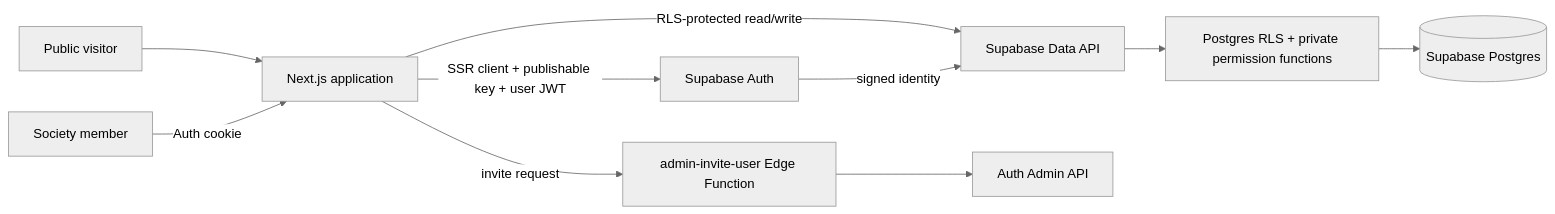
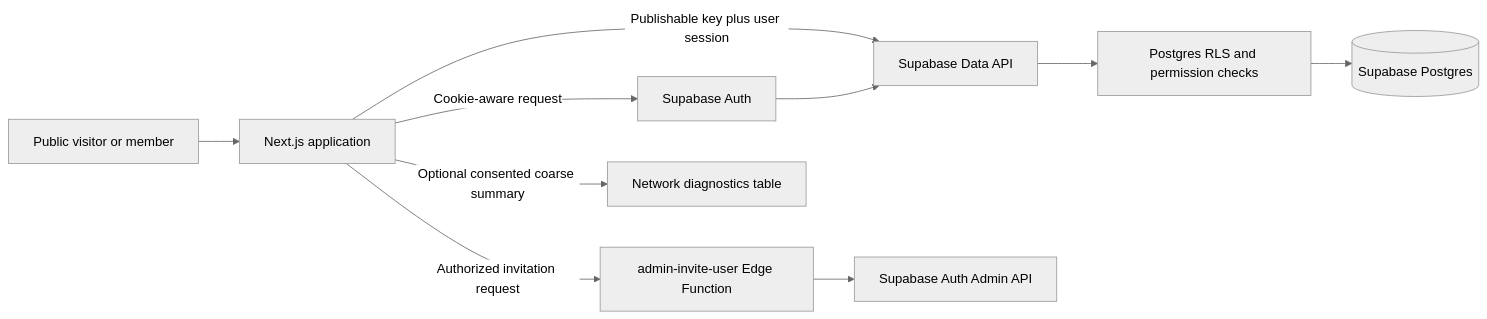
One commit to tarunchaudharydev/techtronicaglau changed the diagram in docs/architecture.md. Above: the diagram before and after it, drawn with Mermaid (neutral theme). The commit also changed other lines of this file, not shown here.

Commit message:
docs: clarify architecture and trust boundaries

```diff
--- a/docs/architecture.md
+++ b/docs/architecture.md
@@ -5,12 +5,12 @@
 ~~~mermaid
 flowchart LR
-  Visitor[Public visitor] --> Next[Next.js application]
-  Member[Society member] -->|Auth cookie| Next
-  Next -->|SSR client + publishable key + user JWT| Auth[Supabase Auth]
-  Next -->|RLS-protected read/write| API[Supabase Data API]
-  Auth -->|signed identity| API
-  API --> RLS[Postgres RLS + private permission functions]
+  Visitor[Public visitor or member] --> Next[Next.js application]
+  Next -->|Cookie-aware request| Auth[Supabase Auth]
+  Next -->|Publishable key plus user session| API[Supabase Data API]
+  Auth --> API
+  API --> RLS[Postgres RLS and permission checks]
   RLS --> DB[(Supabase Postgres)]
-  Next -->|invite request| EF[admin-invite-user Edge Function]
-  EF --> AuthAdmin[Auth Admin API]
+  Next -->|Authorized invitation request| EF[admin-invite-user Edge Function]
+  EF --> AuthAdmin[Supabase Auth Admin API]
+  Next -->|Optional consented coarse summary| Diagnostics[Network diagnostics table]
 ~~~
```
